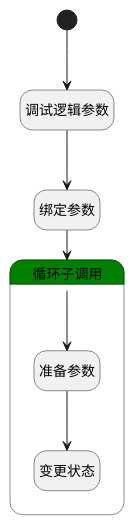
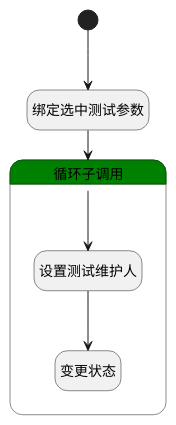
One commit to iBizLab/plm changed the diagram in doc/docsify/module/TestMgmt/test_case/logic/set_maintenance.md. Above: the diagram before and after it, drawn with PlantUML. The commit also changed other lines of this file and 1778 other files, not shown here.

````diff
--- a/doc/docsify/module/TestMgmt/test_case/logic/set_maintenance.md
+++ b/doc/docsify/module/TestMgmt/test_case/logic/set_maintenance.md
@@ -7,28 +7,26 @@
 ```plantuml
 @startuml
 hide empty description
 <style>
 root {
   HyperlinkColor #42b983
 }
 </style>
 
 hide empty description
 state "开始" as Begin <<start>> [[$./set_maintenance#begin {"开始"}]]
-state "调试逻辑参数" as DEBUGPARAM1  [[$./set_maintenance#debugparam1 {"调试逻辑参数"}]]
-state "绑定参数" as BINDPARAM1  [[$./set_maintenance#bindparam1 {"绑定参数"}]]
+state "绑定选中测试参数" as BINDPARAM1  [[$./set_maintenance#bindparam1 {"绑定选中测试参数"}]]
 state "循环子调用" as LOOPSUBCALL1  [[$./set_maintenance#loopsubcall1 {"循环子调用"}]] #green {
-state "准备参数" as PREPAREPARAM2  [[$./set_maintenance#prepareparam2 {"准备参数"}]]
+state "设置测试维护人" as PREPAREPARAM2  [[$./set_maintenance#prepareparam2 {"设置测试维护人"}]]
 state "变更状态" as DEACTION1  [[$./set_maintenance#deaction1 {"变更状态"}]]
 }
 
 
-Begin --> DEBUGPARAM1
-DEBUGPARAM1 --> BINDPARAM1
+Begin --> BINDPARAM1
 BINDPARAM1 --> LOOPSUBCALL1
 LOOPSUBCALL1 --> PREPAREPARAM2
 PREPAREPARAM2 --> DEACTION1
 
 
 @enduml
 ```
````
